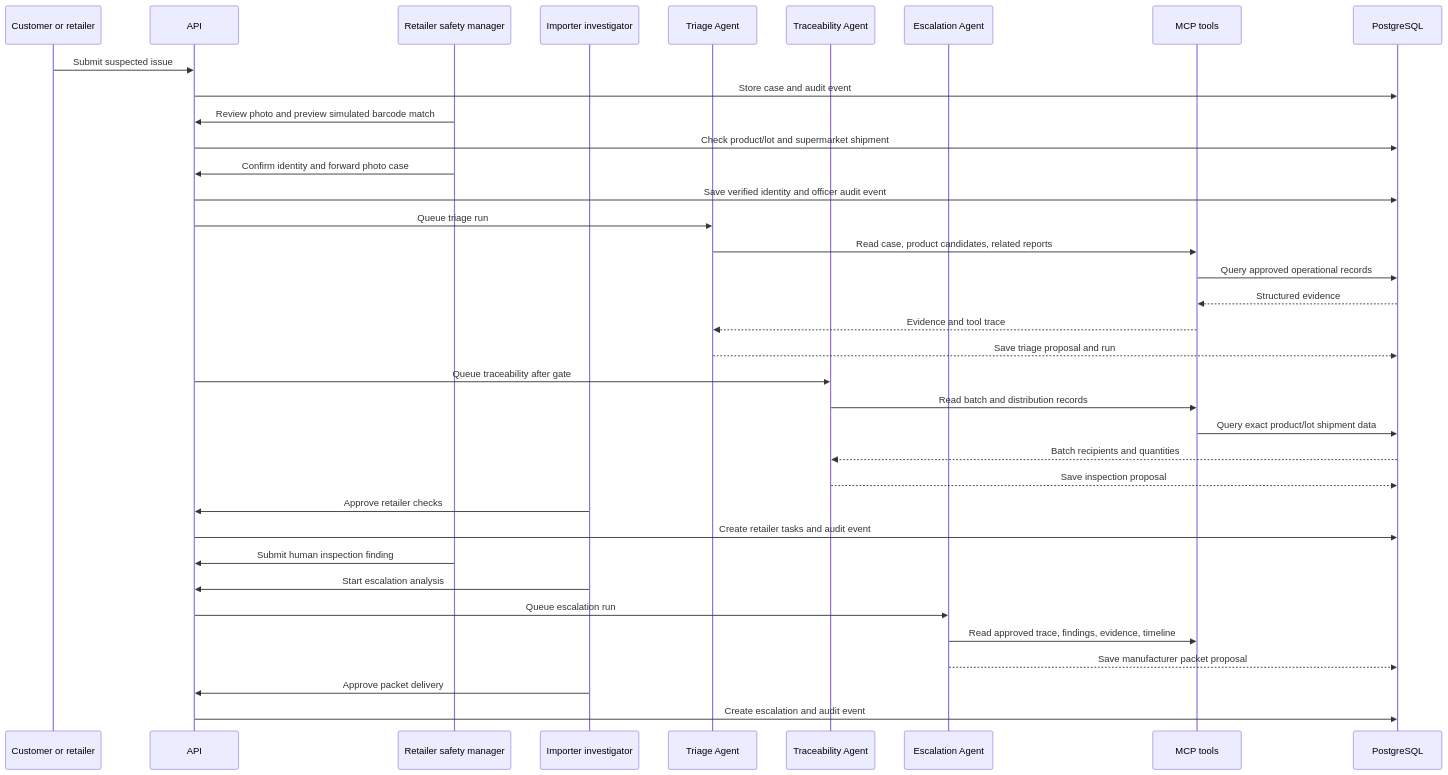
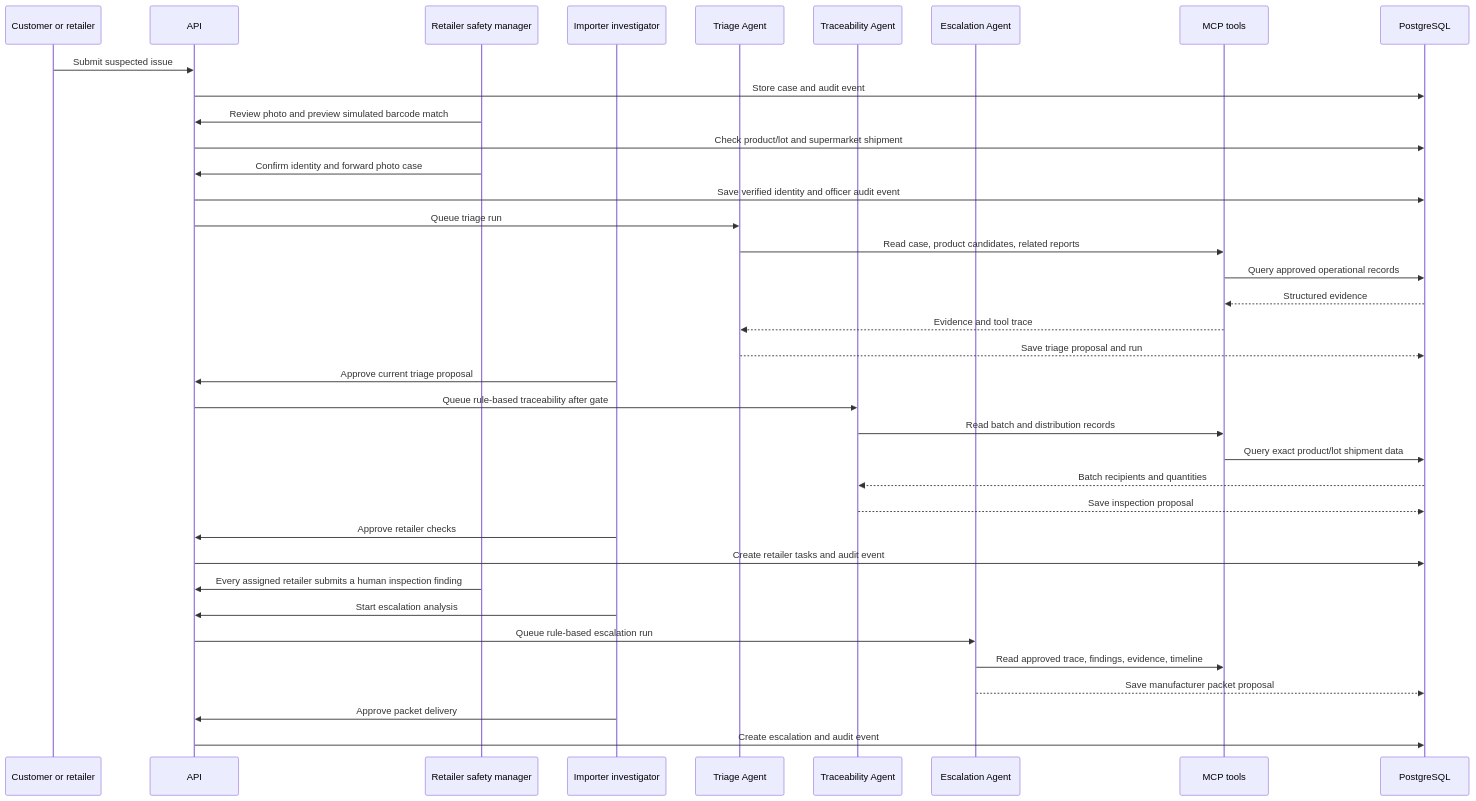
Before and after one commit to Abubakar123421/agentica: the second of 2 diagrams in batchbridge/ARCHITECTURE.md, drawn with Mermaid. The commit also changed other lines of this file and 22 other files, not shown here.

First line of the commit message:
feat: run tracing and escalation without Groq

````diff
--- a/batchbridge/ARCHITECTURE.md
+++ b/batchbridge/ARCHITECTURE.md
@@ -57,39 +55,40 @@
 ```mermaid
 sequenceDiagram
     participant U as Customer or retailer
     participant A as API
     participant R as Retailer safety manager
     participant H as Importer investigator
     participant T as Triage Agent
     participant X as Traceability Agent
     participant E as Escalation Agent
     participant Q as MCP tools
     participant D as PostgreSQL
 
     U->>A: Submit suspected issue
     A->>D: Store case and audit event
     R->>A: Review photo and preview simulated barcode match
     A->>D: Check product/lot and supermarket shipment
     R->>A: Confirm identity and forward photo case
     A->>D: Save verified identity and officer audit event
     A->>T: Queue triage run
     T->>Q: Read case, product candidates, related reports
     Q->>D: Query approved operational records
     D-->>Q: Structured evidence
     Q-->>T: Evidence and tool trace
     T-->>D: Save triage proposal and run
-    A->>X: Queue traceability after gate
+    H->>A: Approve current triage proposal
+    A->>X: Queue rule-based traceability after gate
     X->>Q: Read batch and distribution records
     Q->>D: Query exact product/lot shipment data
     D-->>X: Batch recipients and quantities
     X-->>D: Save inspection proposal
     H->>A: Approve retailer checks
     A->>D: Create retailer tasks and audit event
-    R->>A: Submit human inspection finding
+    R->>A: Every assigned retailer submits a human inspection finding
     H->>A: Start escalation analysis
-    A->>E: Queue escalation run
+    A->>E: Queue rule-based escalation run
     E->>Q: Read approved trace, findings, evidence, timeline
     E-->>D: Save manufacturer packet proposal
     H->>A: Approve packet delivery
     A->>D: Create escalation and audit event
 ```
````
